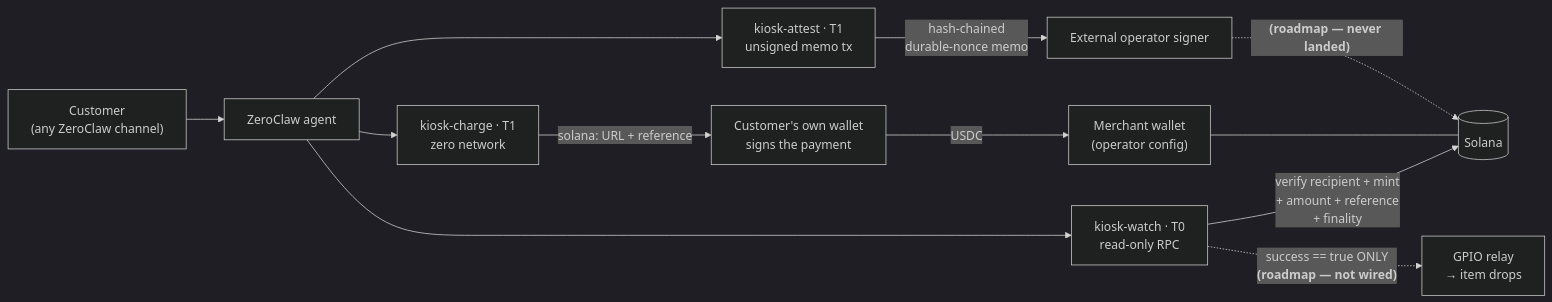
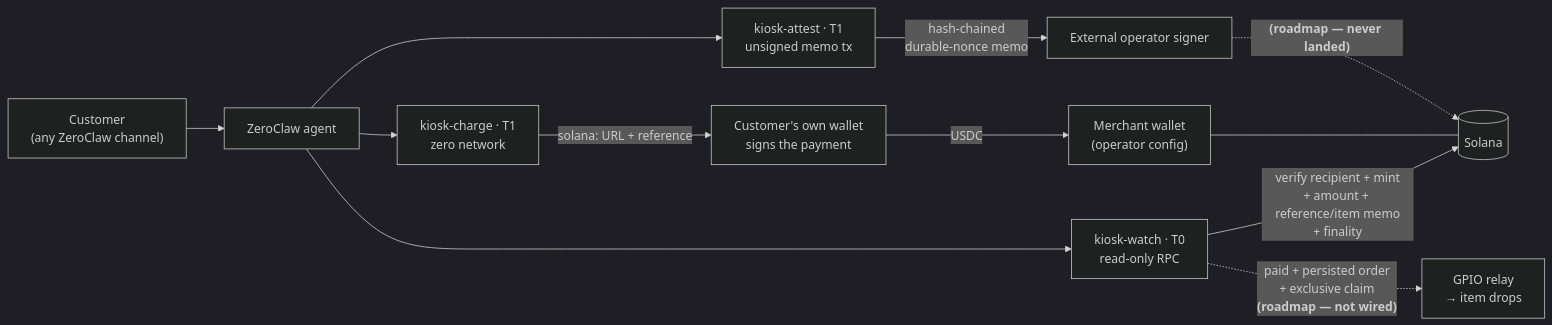
The diagram in README.md (Sushant6095/proofkiosk), drawn with Mermaid (dark theme) before and after one commit. The commit also changed other lines of this file and 24 other files, not shown here.

````diff
--- a/README.md
+++ b/README.md
@@ -46,14 +52,14 @@
 ```mermaid
 flowchart LR
     C["Customer<br/>(any ZeroClaw channel)"] --> A["ZeroClaw agent"]
     A --> CH["kiosk-charge · T1<br/>zero network"]
     CH -->|"solana: URL + reference"| W["Customer's own wallet<br/>signs the payment"]
     W -->|"USDC"| M["Merchant wallet<br/>(operator config)"]
     A --> WA["kiosk-watch · T0<br/>read-only RPC"]
-    WA -->|"verify recipient + mint<br/>+ amount + reference<br/>+ finality"| SOL[("Solana")]
+    WA -->|"verify recipient + mint<br/>+ amount + reference/item memo<br/>+ finality"| SOL[("Solana")]
     M --- SOL
-    WA -. "success == true ONLY<br/><b>(roadmap — not wired)</b>" .-> R["GPIO relay<br/>→ item drops"]
+    WA -. "paid + persisted order<br/>+ exclusive claim<br/><b>(roadmap — not wired)</b>" .-> R["GPIO relay<br/>→ item drops"]
     A --> AT["kiosk-attest · T1<br/>unsigned memo tx"]
     AT -->|"hash-chained<br/>durable-nonce memo"| S["External operator signer"]
     S -. "<b>(roadmap — never landed)</b>" .-> SOL
 ```
````
